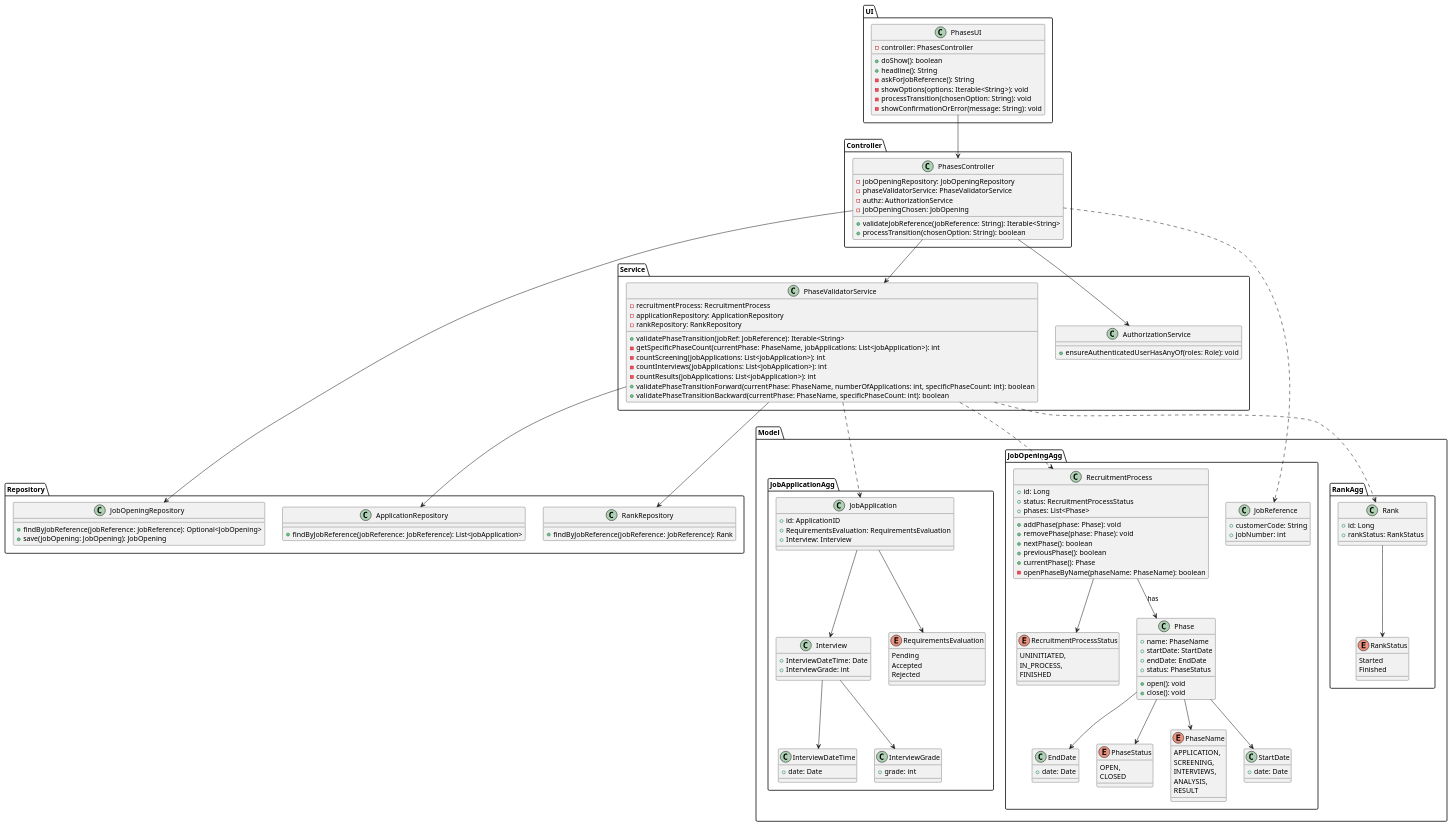
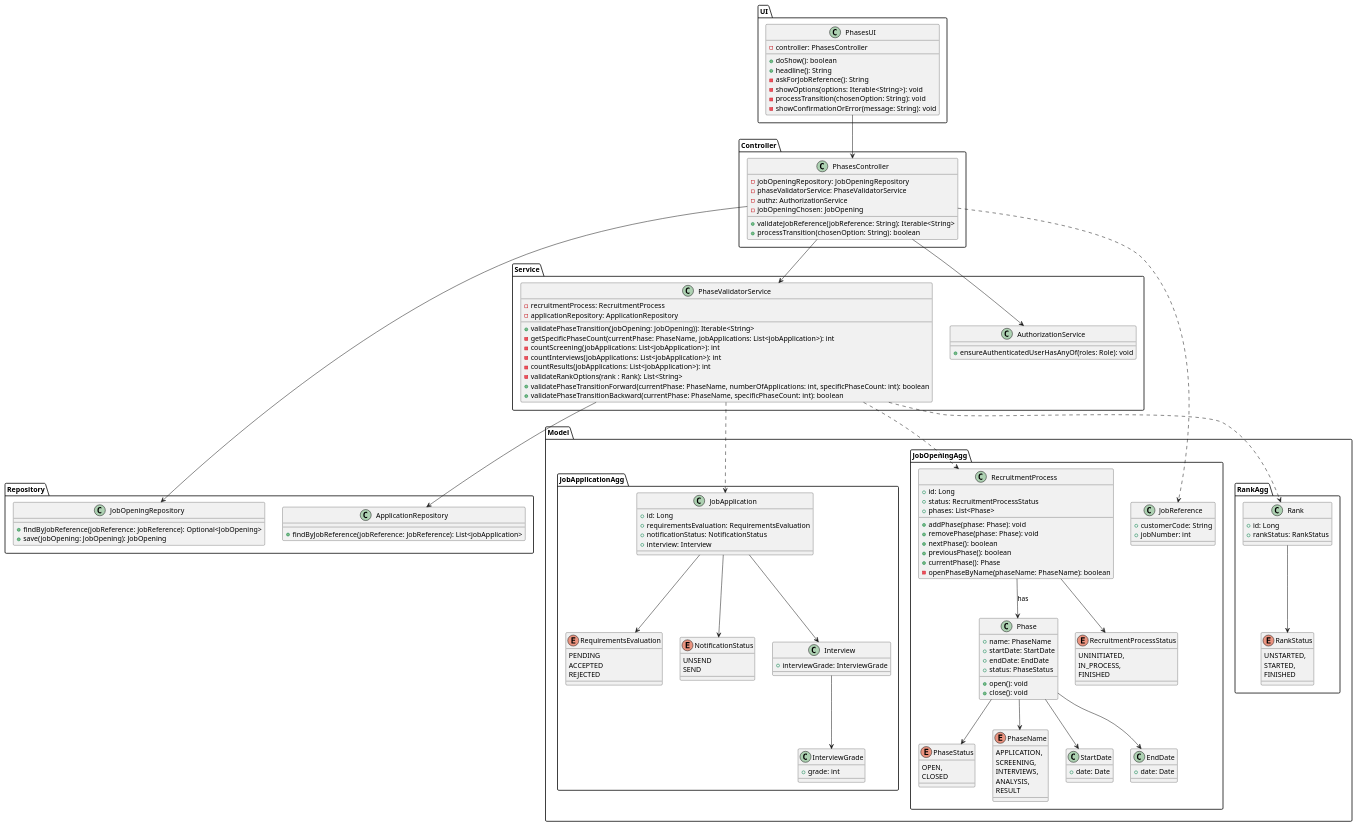
The diagram in docs/sprintC/US1010/03.design/puml/CD.puml (Mendoncaa/LAPR4), drawn with PlantUML before and after one commit. The commit also changed 8 other files, not shown here.

```diff
--- a/docs/sprintC/US1010/03.design/puml/CD.puml
+++ b/docs/sprintC/US1010/03.design/puml/CD.puml
@@ -1,180 +1,178 @@
 @startuml ClassDiagram
 
 package Controller {
     class PhasesController {
             - jobOpeningRepository: JobOpeningRepository
             - phaseValidatorService: PhaseValidatorService
             - authz: AuthorizationService
             - jobOpeningChosen: JobOpening
             + validateJobReference(jobReference: String): Iterable<String>
             + processTransition(chosenOption: String): boolean
     }
 }
 
 package Service {
     class PhaseValidatorService {
         - recruitmentProcess: RecruitmentProcess
         - applicationRepository: ApplicationRepository
-        - rankRepository: RankRepository
-        + validatePhaseTransition(jobRef: JobReference): Iterable<String>
+        + validatePhaseTransition(jobOpening: JobOpening)): Iterable<String>
         - getSpecificPhaseCount(currentPhase: PhaseName, jobApplications: List<jobApplication>): int
         - countScreening(jobApplications: List<jobApplication>): int
         - countInterviews(jobApplications: List<jobApplication>): int
         - countResults(jobApplications: List<jobApplication>): int
+        - validateRankOptions(rank : Rank): List<String>
         + validatePhaseTransitionForward(currentPhase: PhaseName, numberOfApplications: int, specificPhaseCount: int): boolean
         + validatePhaseTransitionBackward(currentPhase: PhaseName, specificPhaseCount: int): boolean
     }
     class AuthorizationService {
             + ensureAuthenticatedUserHasAnyOf(roles: Role): void
     }
 }
 
 package Repository {
     class ApplicationRepository {
         + findByJobReference(jobReference: JobReference): List<jobApplication>
     }
 
     class JobOpeningRepository {
             + findByJobReference(jobReference: JobReference): Optional<JobOpening>
             + save(jobOpening: JobOpening): JobOpening
     }
 
-    class RankRepository {
-            + findByJobReference(jobReference: JobReference): Rank
-    }
 }
 
 package Model {
 
     package JobOpeningAgg {
 
         class JobReference {
             + customerCode: String
             + jobNumber: int
         }
 
         class RecruitmentProcess {
             + id: Long
             + status: RecruitmentProcessStatus
             + phases: List<Phase>
             + addPhase(phase: Phase): void
             + removePhase(phase: Phase): void
             + nextPhase(): boolean
             + previousPhase(): boolean
             + currentPhase(): Phase
             - openPhaseByName(phaseName: PhaseName): boolean
         }
 
         class Phase {
             + name: PhaseName
             + startDate: StartDate
             + endDate: EndDate
             + status: PhaseStatus
             + open(): void
             + close(): void
         }
 
         enum PhaseName {
             APPLICATION,
             SCREENING,
             INTERVIEWS,
             ANALYSIS,
             RESULT
         }
 
         class StartDate {
             + date: Date
         }
 
         class EndDate {
             + date: Date
         }
 
         enum PhaseStatus {
             OPEN,
             CLOSED
         }
 
         enum RecruitmentProcessStatus {
             UNINITIATED,
             IN_PROCESS,
             FINISHED
         }
     }
     package JobApplicationAgg {
         class JobApplication {
-            +id: ApplicationID
-            +RequirementsEvaluation: RequirementsEvaluation
-            +Interview: Interview
+            +id: Long
+            +requirementsEvaluation: RequirementsEvaluation
+            +notificationStatus: NotificationStatus
+            +interview: Interview
         }
 
         enum RequirementsEvaluation {
-            Pending
-            Accepted
-            Rejected
+            PENDING
+            ACCEPTED
+            REJECTED
+        }
+
+        enum NotificationStatus {
+            UNSEND
+            SEND
         }
 
         class Interview {
-            +InterviewDateTime: Date
-            +InterviewGrade: int
-        }
-
-        class InterviewDateTime {
-            +date: Date
+            +interviewGrade: InterviewGrade
         }
 
         class InterviewGrade {
             +grade: int
         }
 
         JobApplication --> RequirementsEvaluation
         JobApplication --> Interview
-        Interview --> InterviewDateTime
+        JobApplication --> NotificationStatus
         Interview --> InterviewGrade
     }
     package RankAgg {
         class Rank {
             +id: Long
             +rankStatus: RankStatus
         }
 
         enum RankStatus {
-            Started
-            Finished
+                UNSTARTED,
+                STARTED,
+                FINISHED
         }
 
         Rank --> RankStatus
     }
 }
 
 package UI {
     class PhasesUI {
         - controller: PhasesController
         + doShow(): boolean
         + headline(): String
         - askForJobReference(): String
         - showOptions(options: Iterable<String>): void
         - processTransition(chosenOption: String): void
         - showConfirmationOrError(message: String): void
     }
 }
 
 PhasesController --> PhaseValidatorService
 PhasesController --> AuthorizationService
 PhasesController --> JobOpeningRepository
 PhasesController ..> JobReference
 PhaseValidatorService --> ApplicationRepository
 PhaseValidatorService ..> RecruitmentProcess
-PhaseValidatorService --> RankRepository
 PhaseValidatorService ..> Rank
 PhaseValidatorService ..> JobApplication
 RecruitmentProcess --> Phase : "has"
 Phase --> PhaseName
 Phase --> StartDate
 Phase --> EndDate
 Phase --> PhaseStatus
 RecruitmentProcess --> RecruitmentProcessStatus
 
 PhasesUI --> PhasesController
 
 @enduml
```
